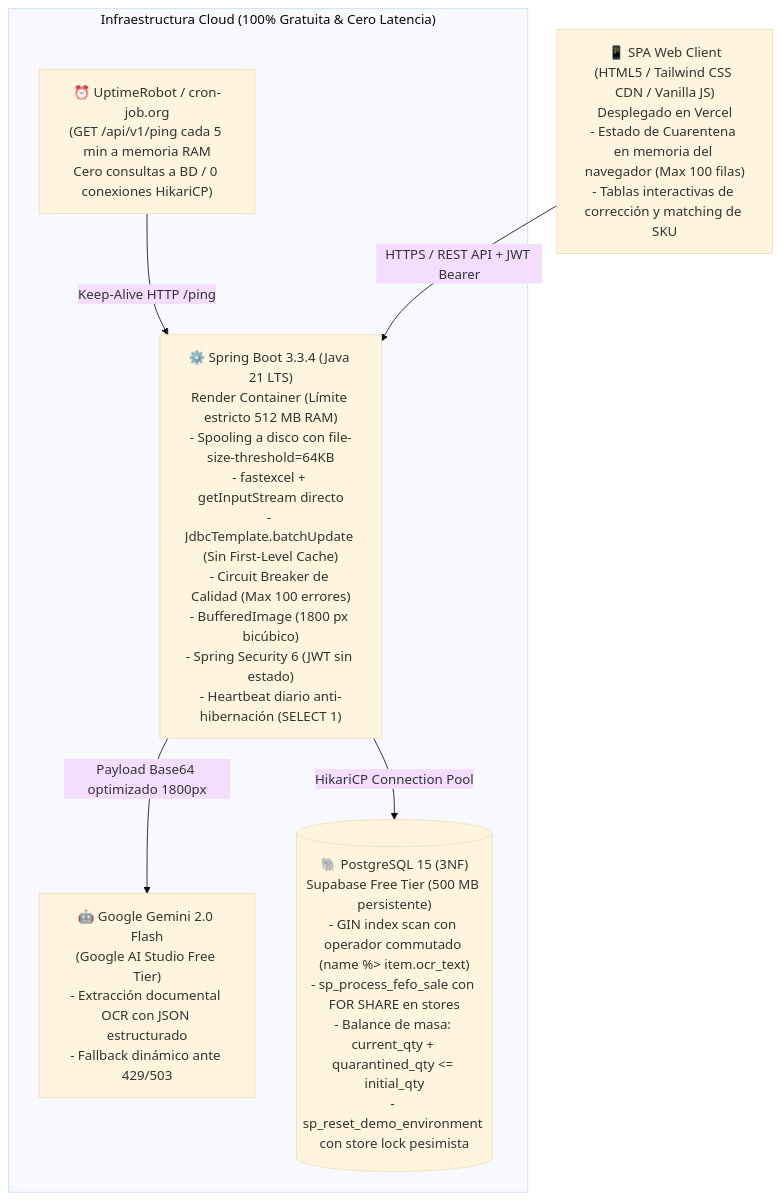
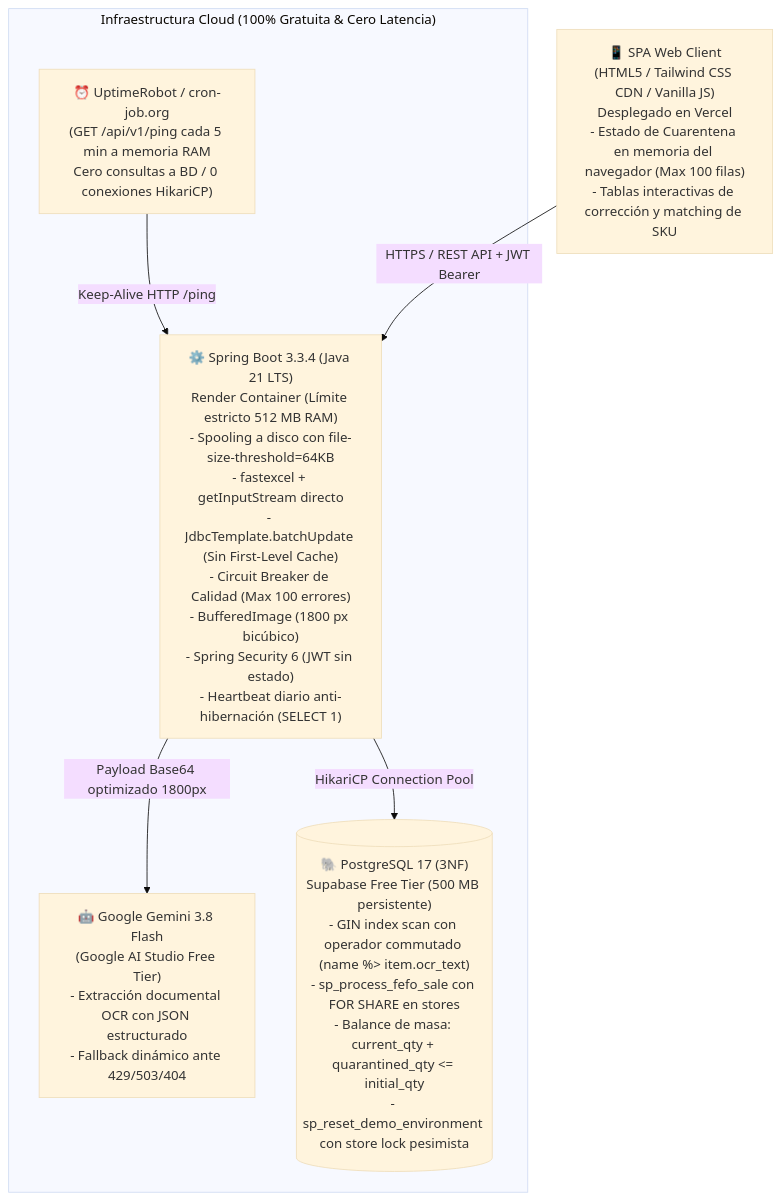
One commit to MrOdar/kardo changed the first of 2 diagrams in docs/ARCHITECTURE_SPEC.md. Above: the diagram before and after it, drawn with Mermaid (base theme). The commit also changed other lines of this file and 32 other files, not shown here.

Commit message:
feat(vision): integrar Gemini 2.0 Flash (1800px bicubico), matching de SKUs con pg_trgm y conciliacion de guias

````diff
--- a/docs/ARCHITECTURE_SPEC.md
+++ b/docs/ARCHITECTURE_SPEC.md
@@ -16,19 +16,19 @@
 ```mermaid
 flowchart TD
     Client["📱 SPA Web Client\n(HTML5 / Tailwind CSS CDN / Vanilla JS)\nDesplegado en Vercel\n- Estado de Cuarentena en memoria del navegador (Max 100 filas)\n- Tablas interactivas de corrección y matching de SKU"]
     
     subgraph Cloud_Free_Tier ["Infraestructura Cloud (100% Gratuita & Cero Latencia)"]
         UptimeMonitor["⏰ UptimeRobot / cron-job.org\n(GET /api/v1/ping cada 5 min a memoria RAM\nCero consultas a BD / 0 conexiones HikariCP)"]
         
         Backend["⚙️ Spring Boot 3.3.4 (Java 21 LTS)\nRender Container (Límite estricto 512 MB RAM)\n- Spooling a disco con file-size-threshold=64KB\n- fastexcel + getInputStream directo\n- JdbcTemplate.batchUpdate (Sin First-Level Cache)\n- Circuit Breaker de Calidad (Max 100 errores)\n- BufferedImage (1800 px bicúbico)\n- Spring Security 6 (JWT sin estado)\n- Heartbeat diario anti-hibernación (SELECT 1)"]
         
-        Gemini["🤖 Google Gemini 2.0 Flash\n(Google AI Studio Free Tier)\n- Extracción documental OCR con JSON estructurado\n- Fallback dinámico ante 429/503"]
+        Gemini["🤖 Google Gemini 3.8 Flash\n(Google AI Studio Free Tier)\n- Extracción documental OCR con JSON estructurado\n- Fallback dinámico ante 429/503/404"]
         
-        DB[("🐘 PostgreSQL 15 (3NF)\nSupabase Free Tier (500 MB persistente)\n- GIN index scan con operador commutado (name %> item.ocr_text)\n- sp_process_fefo_sale con FOR SHARE en stores\n- Balance de masa: current_qty + quarantined_qty <= initial_qty\n- sp_reset_demo_environment con store lock pesimista")]
+        DB[("🐘 PostgreSQL 17 (3NF)\nSupabase Free Tier (500 MB persistente)\n- GIN index scan con operador commutado (name %> item.ocr_text)\n- sp_process_fefo_sale con FOR SHARE en stores\n- Balance de masa: current_qty + quarantined_qty <= initial_qty\n- sp_reset_demo_environment con store lock pesimista")]
     end
 
     UptimeMonitor -->|Keep-Alive HTTP /ping| Backend
     Client -->|HTTPS / REST API + JWT Bearer| Backend
     Backend -->|Payload Base64 optimizado 1800px| Gemini
     Backend -->|HikariCP Connection Pool| DB
 ```
````
